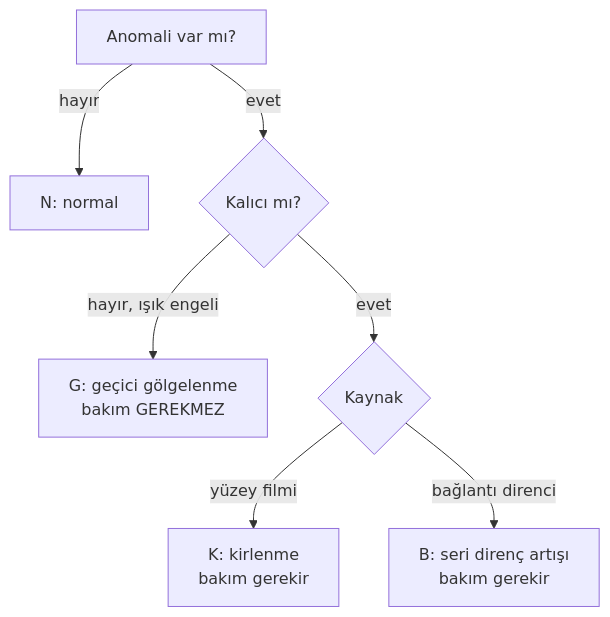
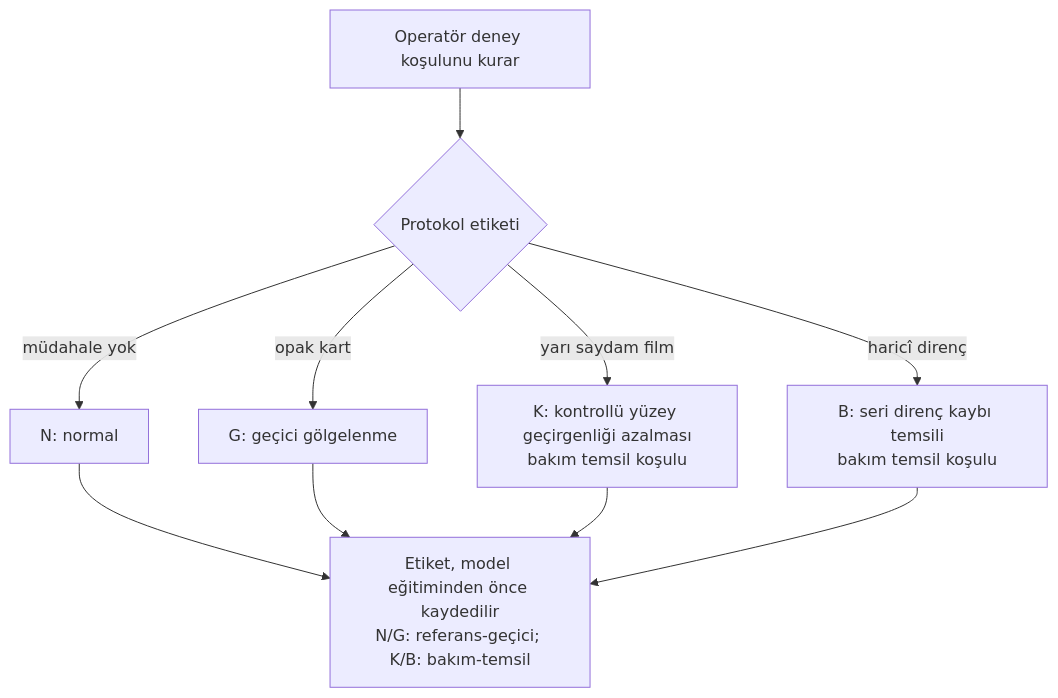
One commit to Zeki-wq/tubitak2209 changed the second of 4 diagrams in Gunes_Paneli_Ariza/15_DIYAGRAMLAR.md. Above: the diagram before and after it, drawn with Mermaid. The commit also changed other lines of this file and 114 other files, not shown here.

````diff
--- a/Gunes_Paneli_Ariza/15_DIYAGRAMLAR.md
+++ b/Gunes_Paneli_Ariza/15_DIYAGRAMLAR.md
@@ -24,9 +25,12 @@
 ```mermaid
 flowchart TB
-    A[Anomali var mı?] -->|hayır| N[N: normal]
-    A -->|evet| B{Kalıcı mı?}
-    B -->|hayır, ışık engeli| G[G: geçici gölgelenme<br/>bakım GEREKMEZ]
-    B -->|evet| C{Kaynak}
-    C -->|yüzey filmi| K[K: kirlenme<br/>bakım gerekir]
-    C -->|bağlantı direnci| S[B: seri direnç artışı<br/>bakım gerekir]
+    A[Operatör deney koşulunu kurar] --> B{Protokol etiketi}
+    B -->|müdahale yok| N[N: normal]
+    B -->|opak kart| G[G: geçici gölgelenme]
+    B -->|yarı saydam film| K[K: kontrollü yüzey geçirgenliği azalması<br/>bakım temsil koşulu]
+    B -->|haricî direnç| S[B: seri direnç kaybı temsili<br/>bakım temsil koşulu]
+    N --> D[Etiket, model eğitiminden önce kaydedilir<br/>N/G: referans-geçici; K/B: bakım-temsil]
+    G --> D
+    K --> D
+    S --> D
 ```
````
